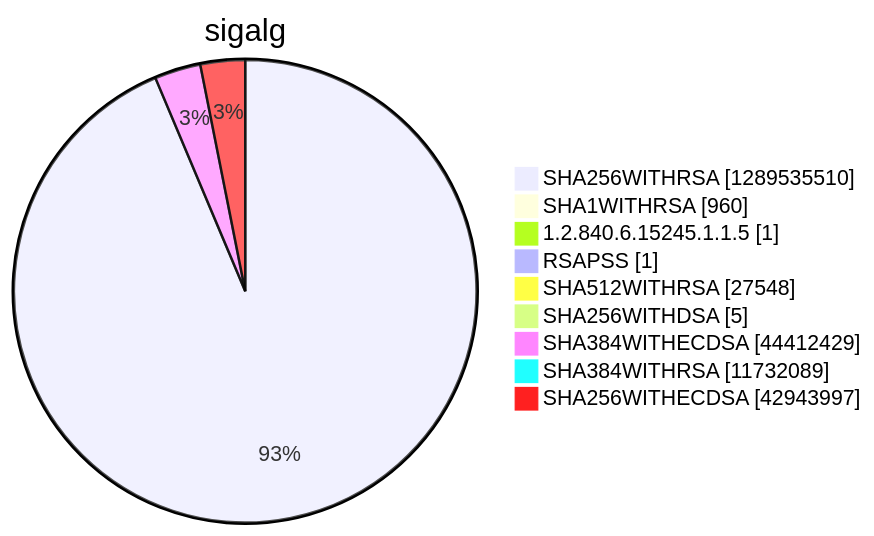
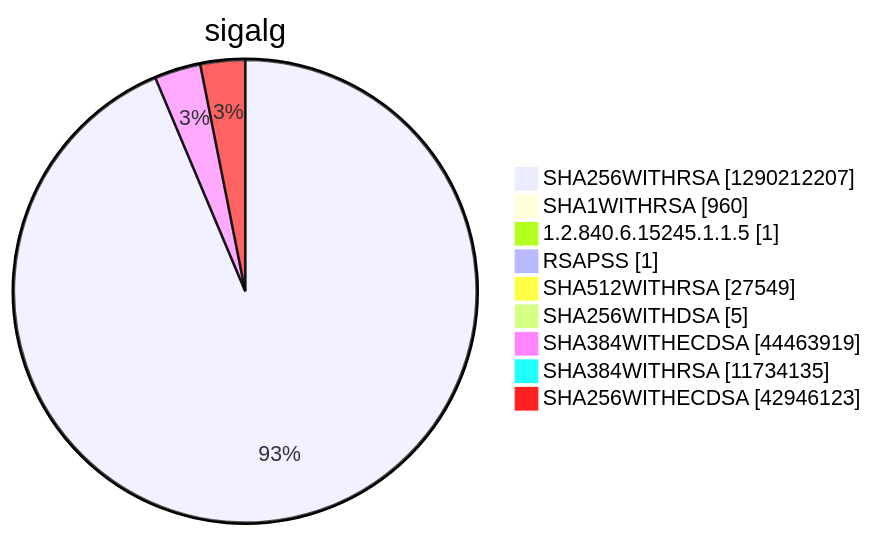
Diagram 15 of 15 in argon2022/README.md (christiankrug/ctmonitor_visualization), drawn with Mermaid before and after one commit. The commit also changed other lines of this file, not shown here.

````diff
--- a/argon2022/README.md
+++ b/argon2022/README.md
@@ -5523,13 +5523,13 @@
 ```mermaid
 pie showData
 title sigalg
-"SHA256WITHRSA" :1289535510
+"SHA256WITHRSA" :1290212207
 "SHA1WITHRSA" :960
 "1.2.840.6.15245.1.1.5" :1
 "RSAPSS" :1
-"SHA512WITHRSA" :27548
+"SHA512WITHRSA" :27549
 "SHA256WITHDSA" :5
-"SHA384WITHECDSA" :44412429
-"SHA384WITHRSA" :11732089
-"SHA256WITHECDSA" :42943997
+"SHA384WITHECDSA" :44463919
+"SHA384WITHRSA" :11734135
+"SHA256WITHECDSA" :42946123
 ```
````
